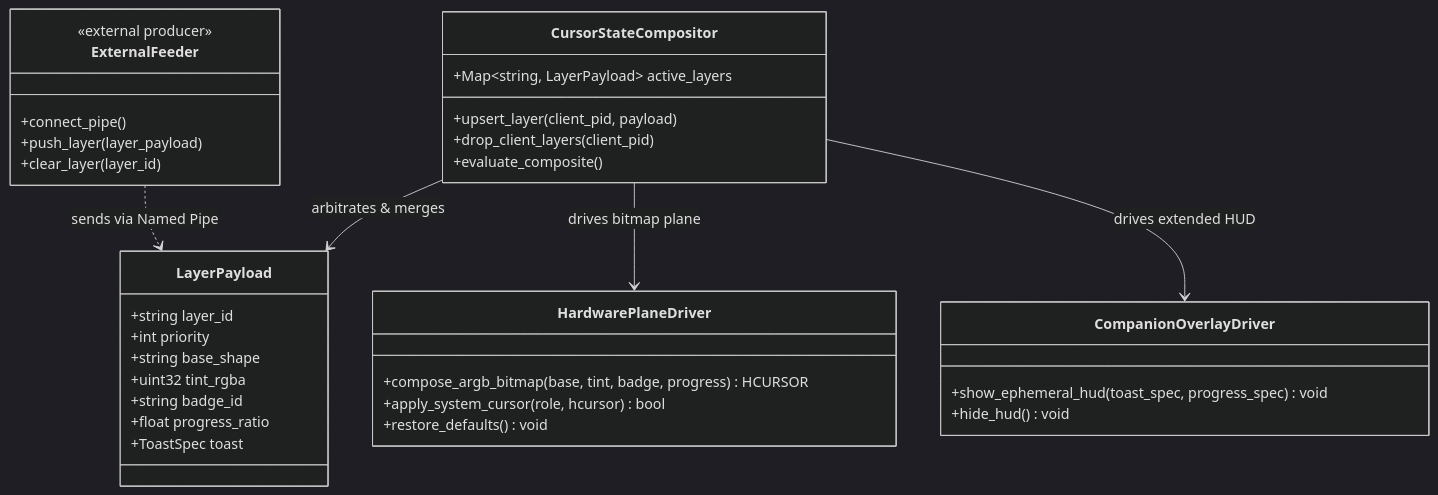
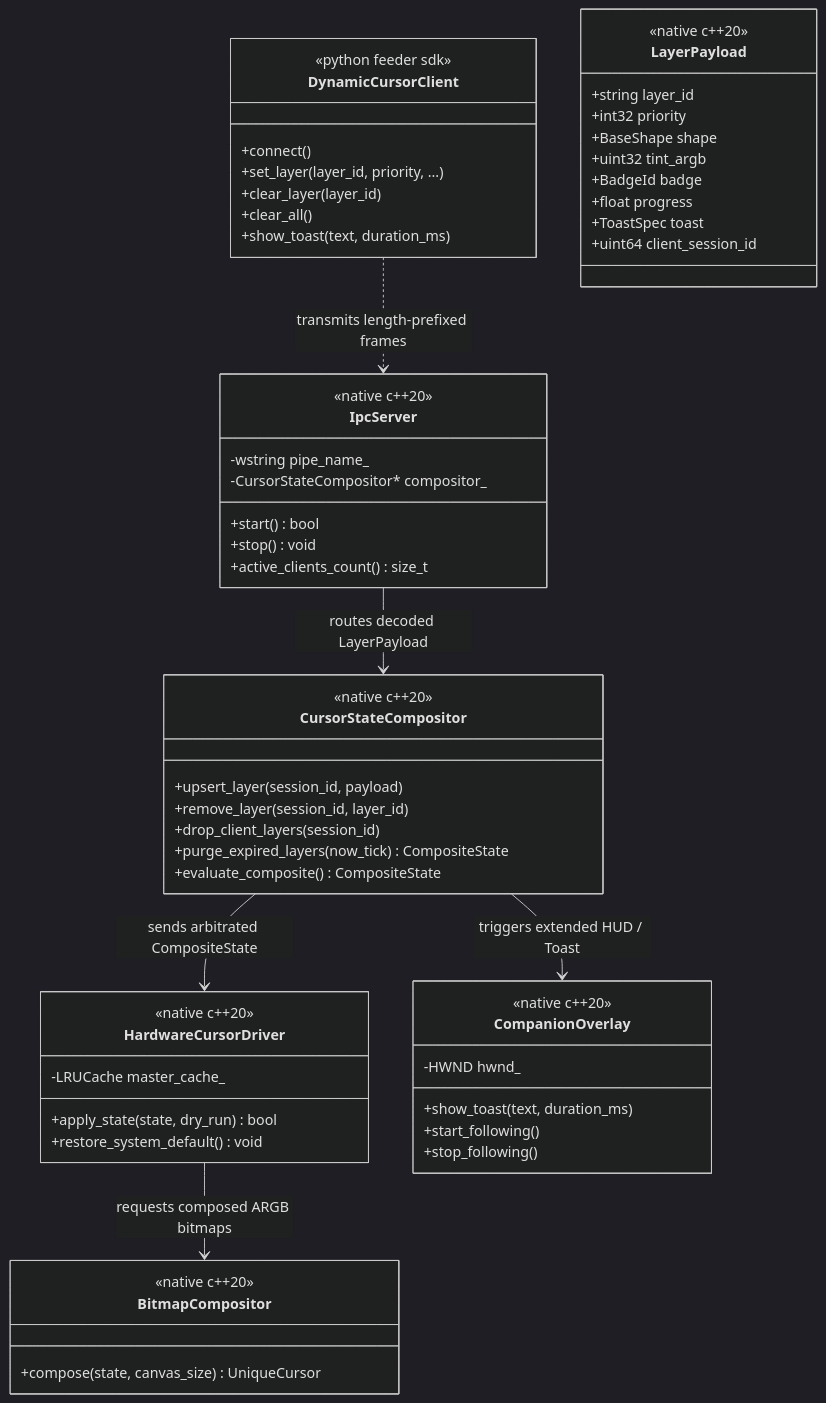
One commit to amirf147/dynamic-cursor changed the diagram in docs/CONTEXT.md. Above: the diagram before and after it, drawn with Mermaid (dark theme). The commit also changed other lines of this file and 23 other files, not shown here.

````diff
--- a/docs/CONTEXT.md
+++ b/docs/CONTEXT.md
@@ -38,42 +39,67 @@
 ```mermaid
 classDiagram
-    class ExternalFeeder {
-        <<external producer>>
-        +connect_pipe()
-        +push_layer(layer_payload)
+    class DynamicCursorClient {
+        <<python feeder sdk>>
+        +connect()
+        +set_layer(layer_id, priority, ...)
         +clear_layer(layer_id)
+        +clear_all()
+        +show_toast(text, duration_ms)
+    }
+
+    class IpcServer {
+        <<native c++20>>
+        -wstring pipe_name_
+        -CursorStateCompositor* compositor_
+        +start() bool
+        +stop() void
+        +active_clients_count() size_t
     }
 
     class LayerPayload {
+        <<native c++20>>
         +string layer_id
-        +int priority
-        +string base_shape
-        +uint32 tint_rgba
-        +string badge_id
-        +float progress_ratio
+        +int32 priority
+        +BaseShape shape
+        +uint32 tint_argb
+        +BadgeId badge
+        +float progress
         +ToastSpec toast
+        +uint64 client_session_id
     }
 
     class CursorStateCompositor {
-        +Map~string, LayerPayload~ active_layers
-        +upsert_layer(client_pid, payload)
-        +drop_client_layers(client_pid)
-        +evaluate_composite()
+        <<native c++20>>
+        +upsert_layer(session_id, payload)
+        +remove_layer(session_id, layer_id)
+        +drop_client_layers(session_id)
+        +purge_expired_layers(now_tick) CompositeState
+        +evaluate_composite() CompositeState
     }
 
-    class HardwarePlaneDriver {
-        +compose_argb_bitmap(base, tint, badge, progress) HCURSOR
-        +apply_system_cursor(role, hcursor) bool
-        +restore_defaults() void
+    class BitmapCompositor {
+        <<native c++20>>
+        +compose(state, canvas_size) UniqueCursor
     }
 
-    class CompanionOverlayDriver {
-        +show_ephemeral_hud(toast_spec, progress_spec) void
-        +hide_hud() void
+    class HardwareCursorDriver {
+        <<native c++20>>
+        -LRUCache master_cache_
+        +apply_state(state, dry_run) bool
+        +restore_system_default() void
     }
 
-    ExternalFeeder ..> LayerPayload : sends via Named Pipe
-    CursorStateCompositor --> LayerPayload : arbitrates & merges
-    CursorStateCompositor --> HardwarePlaneDriver : drives bitmap plane
-    CursorStateCompositor --> CompanionOverlayDriver : drives extended HUD
+    class CompanionOverlay {
+        <<native c++20>>
+        -HWND hwnd_
+        +show_toast(text, duration_ms)
+        +start_following()
+        +stop_following()
+    }
+
+    DynamicCursorClient ..> IpcServer : transmits length-prefixed frames
+    IpcServer --> CursorStateCompositor : routes decoded LayerPayload
+    CursorStateCompositor --> HardwareCursorDriver : sends arbitrated CompositeState
+    CursorStateCompositor --> CompanionOverlay : triggers extended HUD / Toast
+    HardwareCursorDriver --> BitmapCompositor : requests composed ARGB bitmaps
 ```
````
